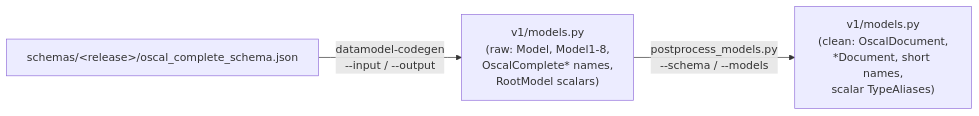
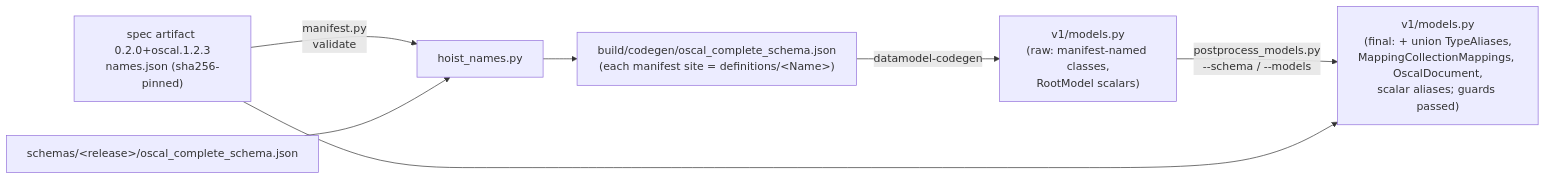
The second of 2 diagrams in .agents/summary/architecture.md (cairn-proofs/oscal-bindings-python), drawn with Mermaid before and after one commit. The commit also changed other lines of this file and 50 other files, not shown here.

First line of the commit message:
feat!: generate the models from names.json of the spec artifact (#16, #21)

````diff
--- a/.agents/summary/architecture.md
+++ b/.agents/summary/architecture.md
@@ -82,5 +82,9 @@
 ```mermaid
 flowchart LR
-    A["schemas/&lt;release&gt;/oscal_complete_schema.json"] -->|"datamodel-codegen<br/>--input / --output"| B["v1/models.py<br/>(raw: Model, Model1-8,<br/>OscalComplete* names,<br/>RootModel scalars)"]
-    B -->|"postprocess_models.py<br/>--schema / --models"| C["v1/models.py<br/>(clean: OscalDocument,<br/>*Document, short names,<br/>scalar TypeAliases)"]
+    N["spec artifact 0.2.0+oscal.1.2.3<br/>names.json (sha256-pinned)"] -->|"manifest.py<br/>validate"| H
+    A["schemas/&lt;release&gt;/oscal_complete_schema.json"] --> H["hoist_names.py"]
+    H --> HS["build/codegen/oscal_complete_schema.json<br/>(each manifest site = definitions/&lt;Name&gt;)"]
+    HS -->|"datamodel-codegen"| B["v1/models.py<br/>(raw: manifest-named classes,<br/>RootModel scalars)"]
+    B -->|"postprocess_models.py<br/>--schema / --models"| C["v1/models.py<br/>(final: + union TypeAliases,<br/>MappingCollectionMappings, OscalDocument,<br/>scalar aliases; guards passed)"]
+    N --> C
 ```
````
